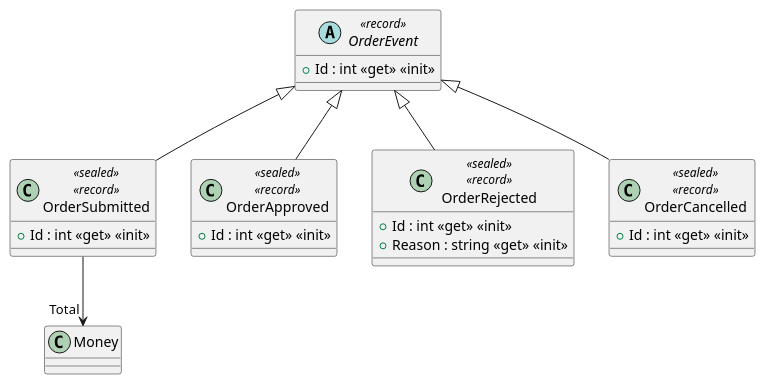
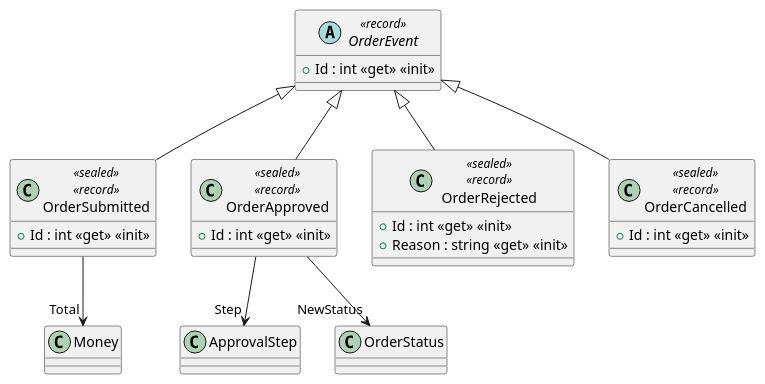
Before and after one commit to mrtozn1923/bookstore: the diagram in docs/diagrams/generated/domain/OrderEvents.puml, drawn with PlantUML. The commit also changed 12 other files, not shown here.

Commit message:
uml-ve-modeling 09: Sequence Diagram 2: alt, opt, loop, par, break ve ref ile Hata Yolları ve Asenkron Akışlar

```diff
--- a/docs/diagrams/generated/domain/OrderEvents.puml
+++ b/docs/diagrams/generated/domain/OrderEvents.puml
@@ -1,23 +1,25 @@
 @startuml
 abstract class OrderEvent <<record>> {
     + Id : int <<get>> <<init>>
 }
 class OrderSubmitted <<sealed>> <<record>> {
     + Id : int <<get>> <<init>>
 }
 class OrderApproved <<sealed>> <<record>> {
     + Id : int <<get>> <<init>>
 }
 class OrderRejected <<sealed>> <<record>> {
     + Id : int <<get>> <<init>>
     + Reason : string <<get>> <<init>>
 }
 class OrderCancelled <<sealed>> <<record>> {
     + Id : int <<get>> <<init>>
 }
 OrderEvent <|-- OrderSubmitted
 OrderSubmitted --> "Total" Money
 OrderEvent <|-- OrderApproved
+OrderApproved --> "Step" ApprovalStep
+OrderApproved --> "NewStatus" OrderStatus
 OrderEvent <|-- OrderRejected
 OrderEvent <|-- OrderCancelled
 @enduml
```
